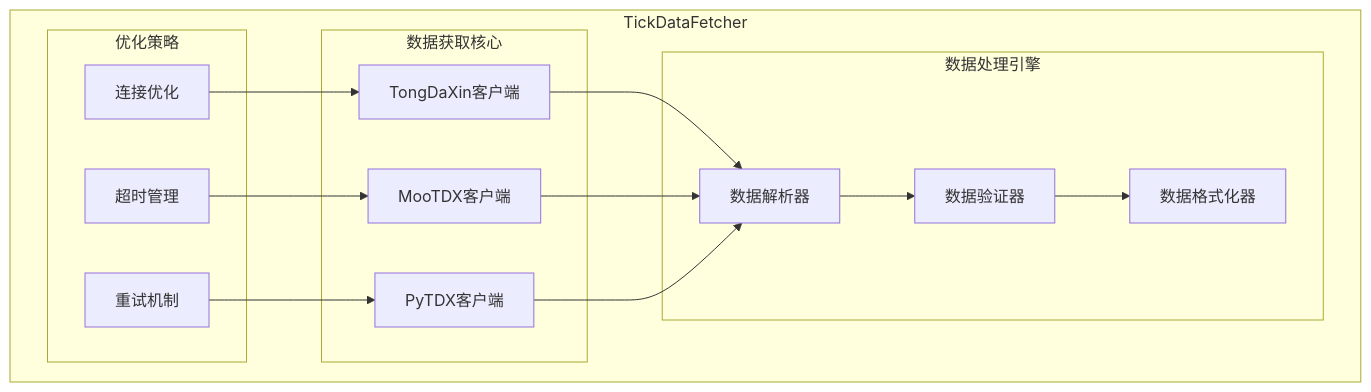
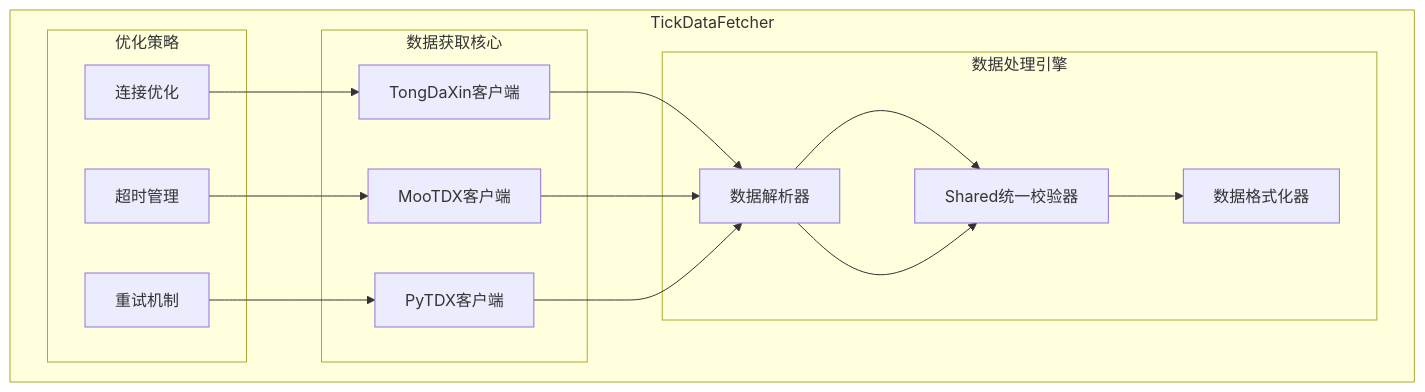
Before and after one commit to bxgh/microservice-stock-ck: the first of 2 diagrams in docs/architecture/domain/domain-tick.md, drawn with Mermaid. The commit also changed other lines of this file and 22 other files, not shown here.

````diff
--- a/docs/architecture/domain/domain-tick.md
+++ b/docs/architecture/domain/domain-tick.md
@@ -10,32 +10,33 @@
 ```mermaid
 graph TB
     subgraph "TickDataFetcher"
         subgraph "数据获取核心"
             TDC[TongDaXin客户端]
             MTC[MooTDX客户端]
             PTC[PyTDX客户端]
         end
 
         subgraph "数据处理引擎"
             DP[数据解析器]
             DV[数据验证器]
             DF[数据格式化器]
         end
 
         subgraph "优化策略"
             CO[连接优化]
             TO[超时管理]
             RO[重试机制]
         end
     end
 
     TDC --> DP
     MTC --> DP
     PTC --> DP
     DP --> DV
+    DP --> DV[Shared统一校验器]
     DV --> DF
 
     CO --> TDC
     TO --> MTC
     RO --> PTC
 ```
````
